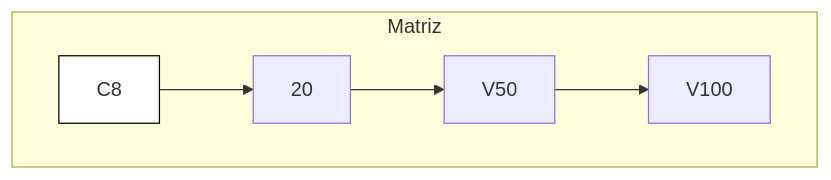
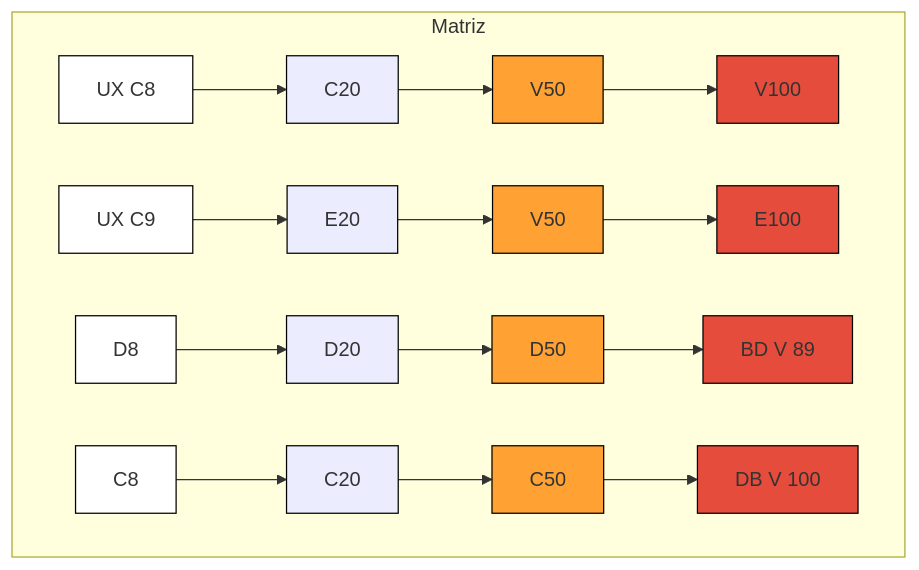
One commit to erlonviana/GAPS_Crystal changed the diagram in README.md. Above: the diagram before and after it, drawn with Mermaid.

````diff
--- a/README.md
+++ b/README.md
@@ -3,8 +3,14 @@
 ```mermaid
 graph TD
   subgraph Matriz
-A1["C8"]:::branco --> A2["20"]:::amarelo --> A3["V50"]:::laranja --> A4["V100"]:::vermelho
+A1["UX C8"]:::branco --> A2["C20"]:::amarelo --> A3["V50"]:::laranja --> A4["V100"]:::vermelho
+B1["UX C9"]:::branco --> B2["E20"]:::amarelo --> B3["V50"]:::laranja --> B4["E100"]:::vermelho
+C1["D8"]:::branco --> C2["D20"]:::amarelo --> C3["D50"]:::laranja --> C4["BD V 89"]:::vermelho
+D1["C8"]:::branco --> D2["C20"]:::amarelo --> D3["C50"]:::laranja --> D4["DB V 100"]:::vermelho
   end
 
 classDef branco fill:#fff, stroke:#000, stroke-width:1px;
+classDef amarelo fill:#FFD8D, stroke:#000, stroke-width:1px;
+classDef laranja fill:#FFA233, stroke:#000, stroke-width:1px;
+classDef vermelho fill:#E64C3C, stroke:#000, stroke-width:1px;
 ```
````
